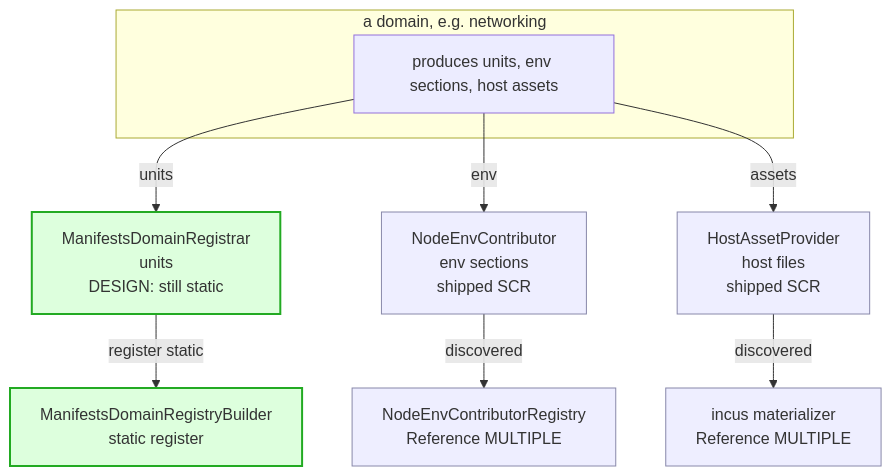
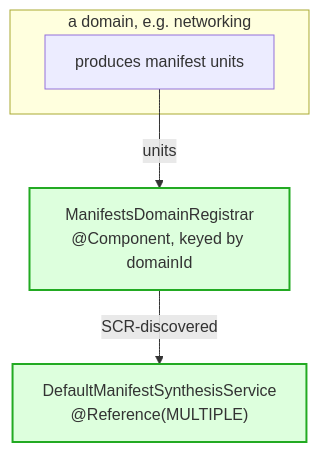
The second of 2 diagrams in docs/architecture/atlas/manifests.adoc (nxmatic/rke2lab), drawn with Mermaid before and after one commit. The commit also changed other lines of this file and 114 other files, not shown here.

```diff
--- a/docs/architecture/atlas/manifests.adoc
+++ b/docs/architecture/atlas/manifests.adoc
@@ -257,23 +243,13 @@
 [mermaid]
 ....
 flowchart TB
   subgraph dom ["a domain, e.g. networking"]
-    D["produces units, env sections, host assets"]
+    D["produces manifest units"]
   end
-  U["ManifestsDomainRegistrar<br/>units<br/>DESIGN: still static"]
-  E["NodeEnvContributor<br/>env sections<br/>shipped SCR"]
-  H["HostAssetProvider<br/>host files<br/>shipped SCR"]
-  RB["ManifestsDomainRegistryBuilder<br/>static register"]
-  NR["NodeEnvContributorRegistry<br/>Reference MULTIPLE"]
-  IM["incus materializer<br/>Reference MULTIPLE"]
+  U["ManifestsDomainRegistrar<br/>@Component, keyed by domainId"]
+  RB["DefaultManifestSynthesisService<br/>@Reference(MULTIPLE)"]
   D -->|units| U
-  D -->|env| E
-  D -->|assets| H
-  U -->|register static| RB
-  E -->|discovered| NR
-  H -->|discovered| IM
-  classDef shipped fill:#eef,stroke:#88a,stroke-width:1px;
+  U -->|SCR-discovered| RB
   classDef neu fill:#dfd,stroke:#2a2,stroke-width:2px;
-  class E,H,NR,IM shipped;
   class U,RB neu;
 ....
```
